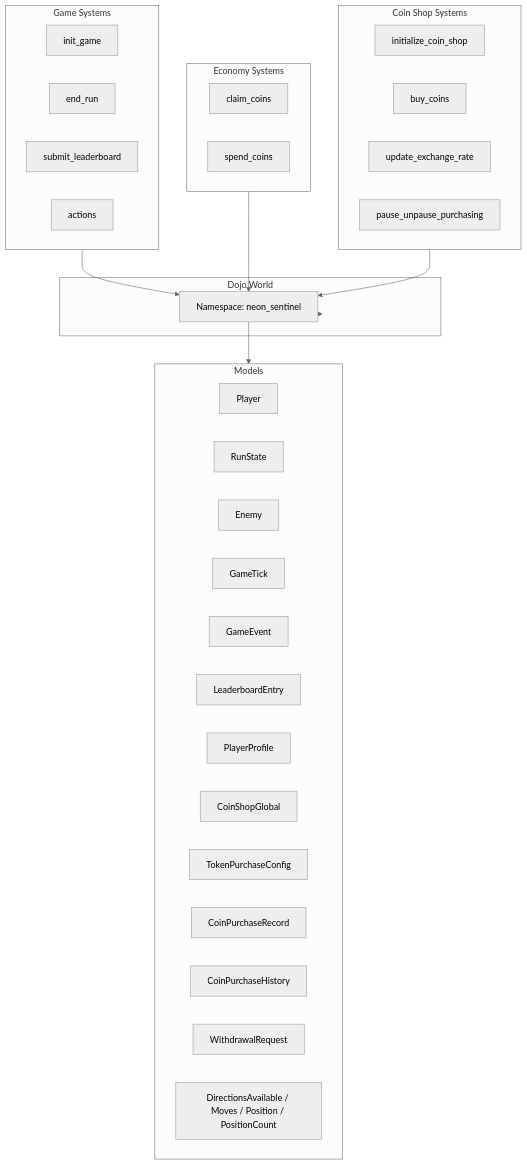
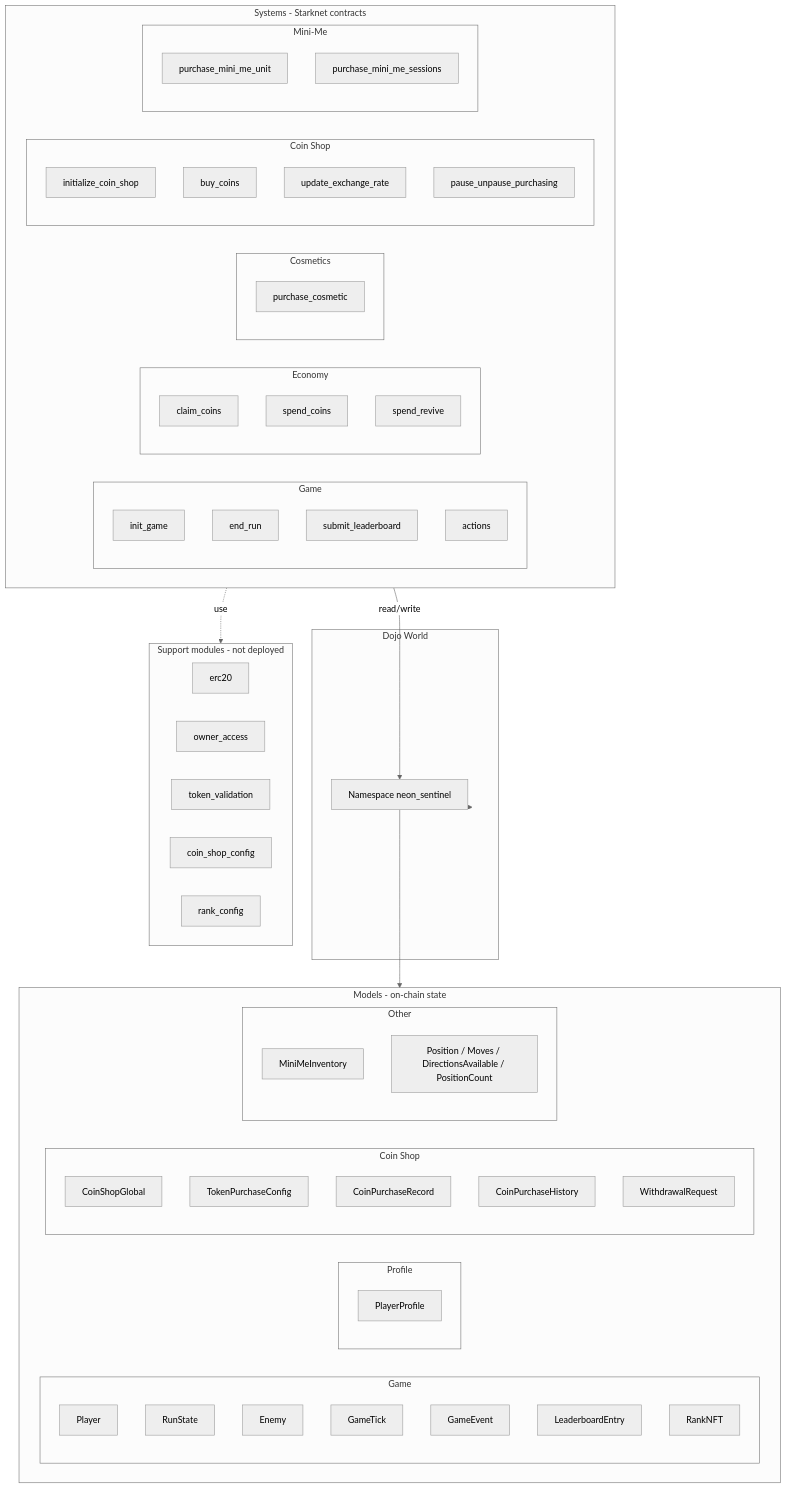
The diagram in README.md (Otaiki1/neon-sentinel-contract), drawn with Mermaid (neutral theme) before and after one commit. The commit also changed other lines of this file, not shown here.

````diff
--- a/README.md
+++ b/README.md
@@ -28,47 +30,72 @@
 ```mermaid
 flowchart TB
   subgraph world [Dojo World]
-    NS[Namespace: neon_sentinel]
+    NS[Namespace neon_sentinel]
   end
 
-  subgraph game [Game Systems]
-    IG[init_game]
-    ER[end_run]
-    SL[submit_leaderboard]
-    ACT[actions]
+  subgraph systems [Systems - Starknet contracts]
+    subgraph game [Game]
+      IG[init_game]
+      ER[end_run]
+      SL[submit_leaderboard]
+      ACT[actions]
+    end
+    subgraph economy [Economy]
+      CC[claim_coins]
+      SC[spend_coins]
+      SR[spend_revive]
+    end
+    subgraph cosmetics [Cosmetics]
+      PC[purchase_cosmetic]
+    end
+    subgraph shop [Coin Shop]
+      ICS[initialize_coin_shop]
+      BC[buy_coins]
+      UER[update_exchange_rate]
+      PUP[pause_unpause_purchasing]
+    end
+    subgraph miniMe [Mini-Me]
+      PMU[purchase_mini_me_unit]
+      PMS[purchase_mini_me_sessions]
+    end
   end
 
-  subgraph economy [Economy Systems]
-    CC[claim_coins]
-    SC[spend_coins]
+  subgraph models [Models - on-chain state]
+    subgraph gameModels [Game]
+      P[Player]
+      RS[RunState]
+      E[Enemy]
+      GT[GameTick]
+      GE[GameEvent]
+      LB[LeaderboardEntry]
+      RNFT[RankNFT]
+    end
+    subgraph profileModels [Profile]
+      PP[PlayerProfile]
+    end
+    subgraph shopModels [Coin Shop]
+      CSG[CoinShopGlobal]
+      TPC[TokenPurchaseConfig]
+      CPR[CoinPurchaseRecord]
+      CPH[CoinPurchaseHistory]
+      WR[WithdrawalRequest]
+    end
+    subgraph otherModels [Other]
+      MM[MiniMeInventory]
+      Demo[Position / Moves / DirectionsAvailable / PositionCount]
+    end
   end
 
-  subgraph shop [Coin Shop Systems]
-    ICS[initialize_coin_shop]
-    BC[buy_coins]
-    UER[update_exchange_rate]
-    PUP[pause_unpause_purchasing]
-  end
-
-  subgraph models [Models]
-    P[Player]
-    R[RunState]
-    E[Enemy]
-    GT[GameTick]
-    GE[GameEvent]
-    LB[LeaderboardEntry]
-    PP[PlayerProfile]
-    CSG[CoinShopGlobal]
-    TPC[TokenPurchaseConfig]
-    CPR[CoinPurchaseRecord]
-    CPH[CoinPurchaseHistory]
-    WR[WithdrawalRequest]
-    M[DirectionsAvailable / Moves / Position / PositionCount]
+  subgraph support [Support modules - not deployed]
+    ERC20[erc20]
+    OWN[owner_access]
+    TV[token_validation]
+    CSC[coin_shop_config]
+    RC[rank_config]
   end
 
   world --> NS
-  game --> NS
-  economy --> NS
-  shop --> NS
+  systems -->|"read/write"| NS
   NS --> models
+  systems -.->|"use"| support
 ```
````
